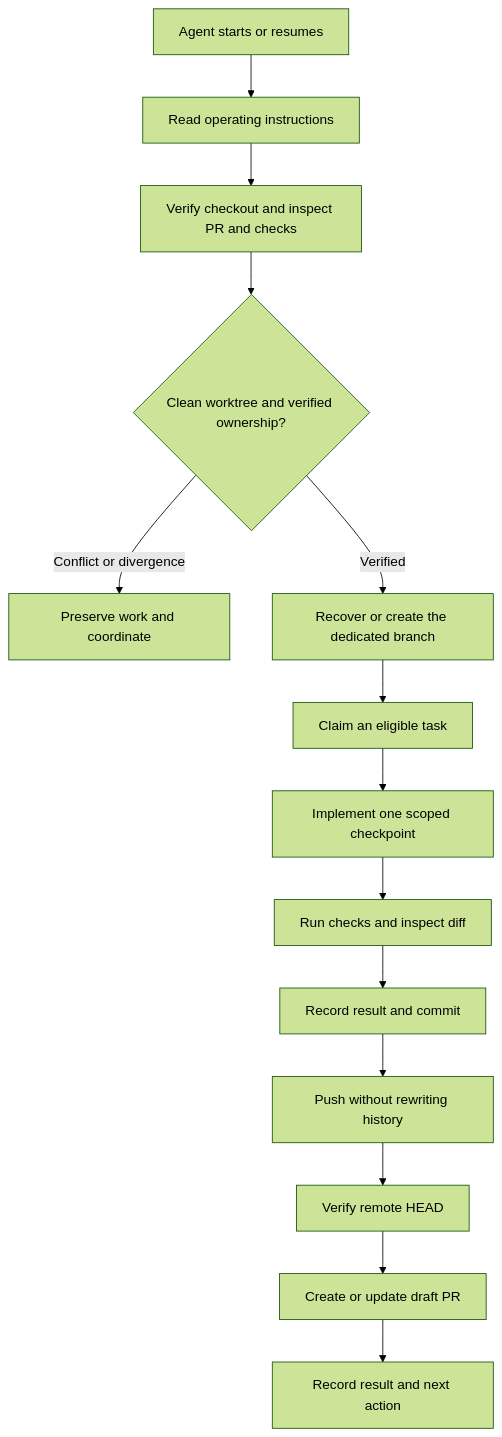
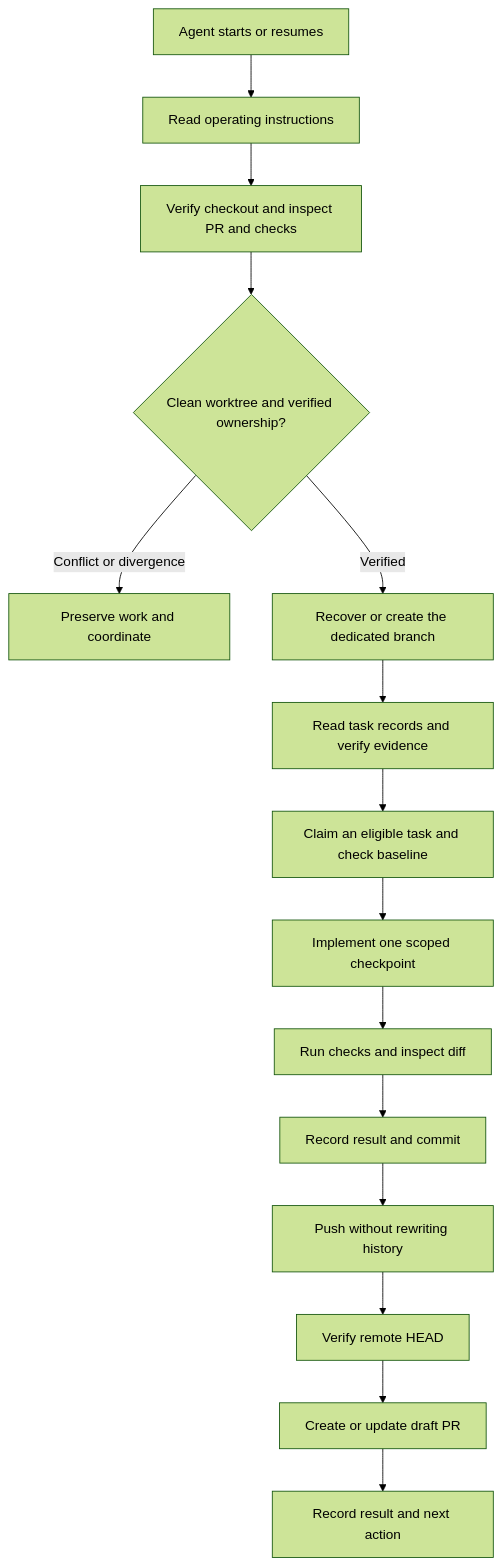
One commit to afaq-ahmad/pakistan-flood-monitor changed the diagram in docs/engineering/AGENT_GITHUB_WORKFLOW.md. Above: the diagram before and after it, drawn with Mermaid (forest theme). The commit also changed other lines of this file and 6 other files, not shown here.

````diff
--- a/docs/engineering/AGENT_GITHUB_WORKFLOW.md
+++ b/docs/engineering/AGENT_GITHUB_WORKFLOW.md
@@ -9,16 +9,17 @@
 ```mermaid
 flowchart TD
     Start["Agent starts or resumes"] --> Contract["Read operating instructions"]
     Contract --> Remote["Verify checkout and inspect PR and checks"]
     Remote --> Recovery{"Clean worktree and verified ownership?"}
     Recovery -->|Conflict or divergence| Resolve["Preserve work and coordinate"]
     Recovery -->|Verified| Branch["Recover or create the dedicated branch"]
-    Branch --> Task["Claim an eligible task"]
+    Branch --> Evidence["Read task records and verify evidence"]
+    Evidence --> Task["Claim an eligible task and check baseline"]
     Task --> Change["Implement one scoped checkpoint"]
     Change --> Test["Run checks and inspect diff"]
     Test --> Commit["Record result and commit"]
     Commit --> Push["Push without rewriting history"]
     Push --> Verify["Verify remote HEAD"]
     Verify --> PR["Create or update draft PR"]
     PR --> Handoff["Record result and next action"]
 ```
````
